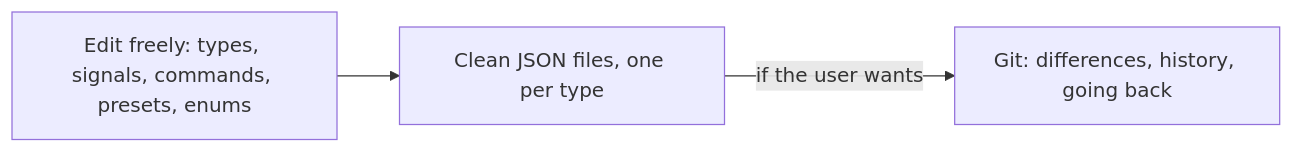
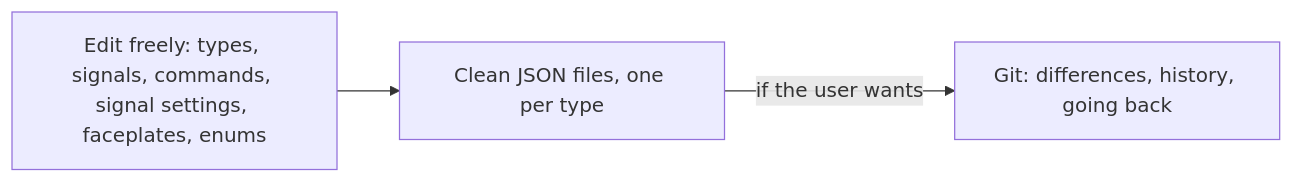
Diagram 42 of 50 in metadata/draft.md (AlexandreGallais/synoptic-studio-spec), drawn with Mermaid before and after one commit. The commit also changed other lines of this file and 65 other files, not shown here.

First line of the commit message:
docs: clean presets out of the whole spec and align the screens

````diff
--- a/metadata/draft.md
+++ b/metadata/draft.md
@@ -1444,5 +1366,5 @@
 ```mermaid
 flowchart LR
-    E["Edit freely: types, signals, commands, presets, enums"] --> F["Clean JSON files, one per type"]
+    E["Edit freely: types, signals, commands, signal settings, faceplates, enums"] --> F["Clean JSON files, one per type"]
     F -->|"if the user wants"| G["Git: differences, history, going back"]
 ```
````
